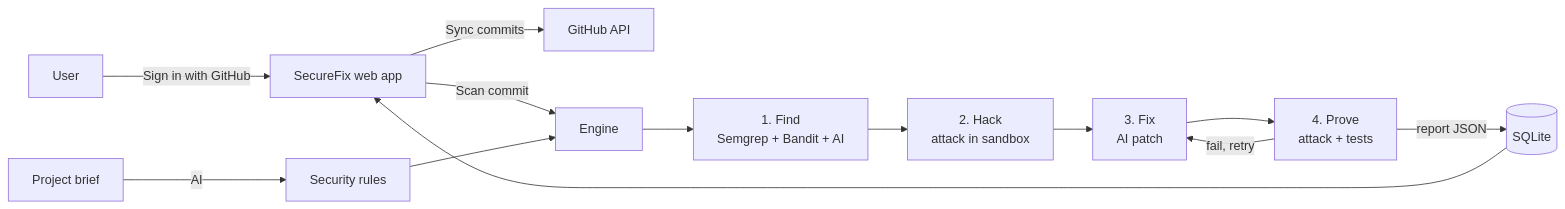
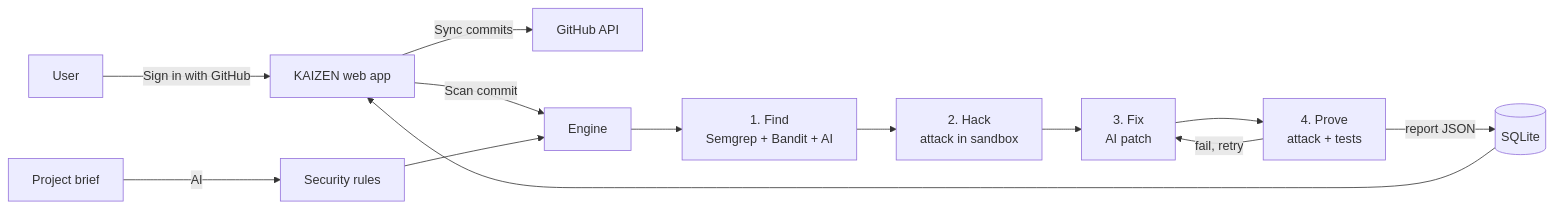
Before and after one commit to sanchitaaX/kaizenn: the diagram in BRIEF.md, drawn with Mermaid. The commit also changed other lines of this file and 56 other files, not shown here.

Commit message:
Rename SecureFix to KAIZEN and add the KAIZEN mark as logo and favicon

````diff
--- a/BRIEF.md
+++ b/BRIEF.md
@@ -127,15 +127,15 @@
 ```mermaid
 flowchart LR
-    U[User] -->|Sign in with GitHub| W[SecureFix web app]
+    U[User] -->|Sign in with GitHub| W[KAIZEN web app]
     W -->|Sync commits| GH[GitHub API]
     W -->|Scan commit| E[Engine]
     B[Project brief] -->|AI| R[Security rules]
     R --> E
     E --> F[1. Find<br/>Semgrep + Bandit + AI]
     F --> H[2. Hack<br/>attack in sandbox]
     H --> X[3. Fix<br/>AI patch]
     X --> P[4. Prove<br/>attack + tests]
     P -->|fail, retry| X
     P -->|report JSON| DB[(SQLite)]
     DB --> W
 ```
````
